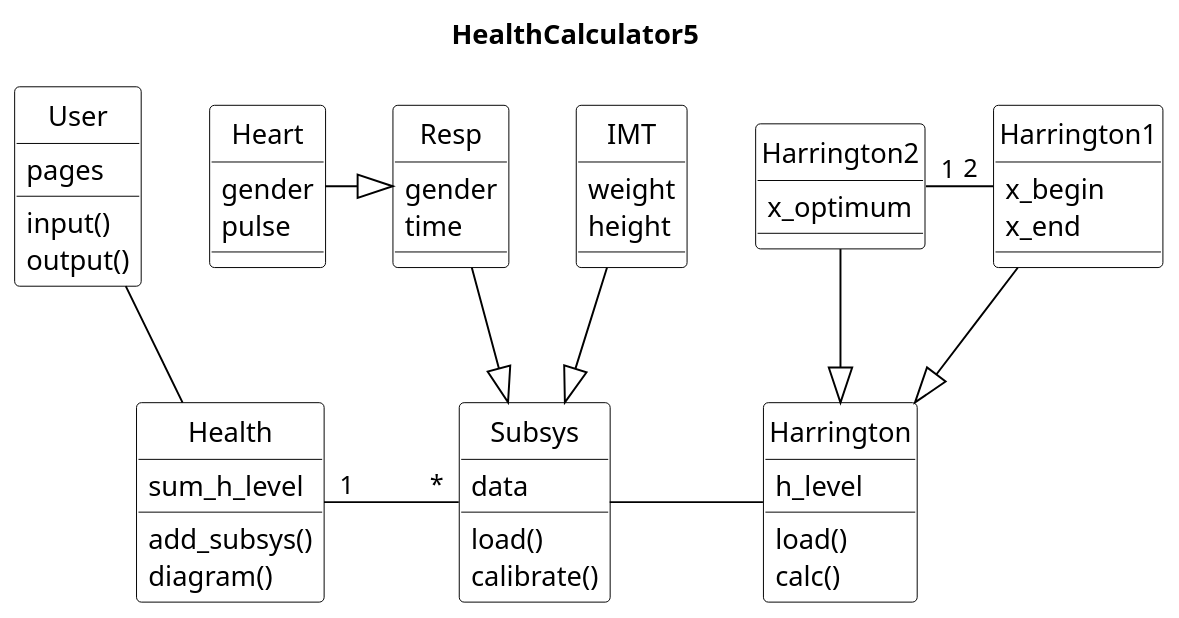
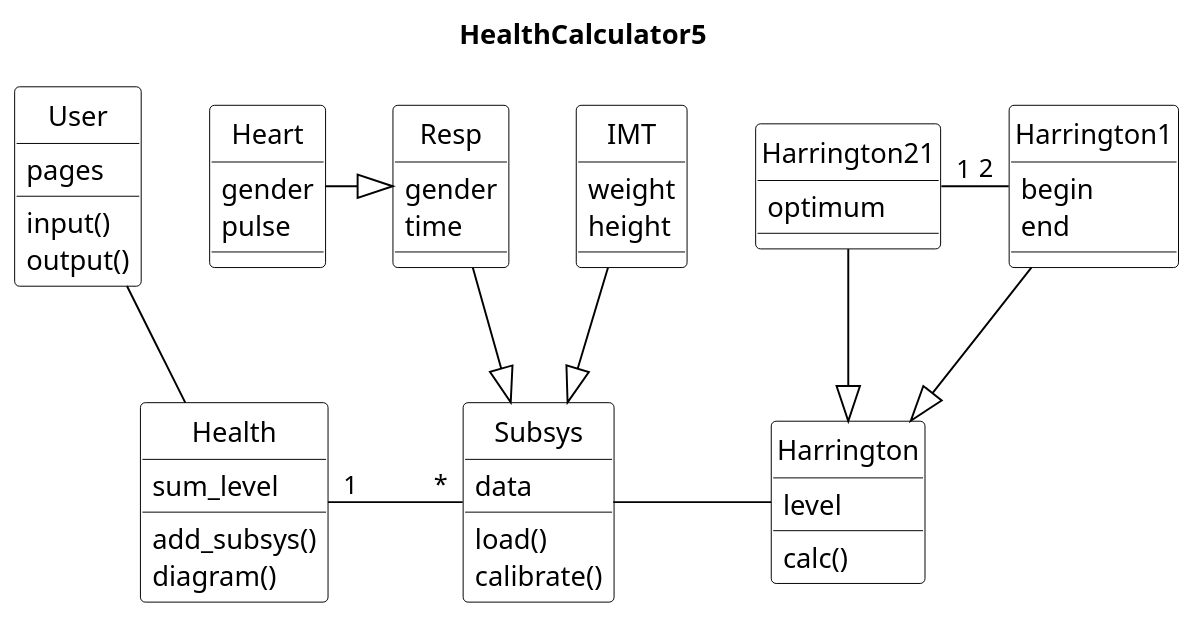
Before and after one commit to AlexFatkin/HealthCalculator5: the diagram in uml_models/hc_classes_2.puml, drawn with PlantUML. The commit also changed 1 other file, not shown here.

```diff
--- a/uml_models/hc_classes_2.puml
+++ b/uml_models/hc_classes_2.puml
@@ -1,74 +1,73 @@
 @startuml
 title   HealthCalculator5
 
 
 
 skinparam class {
 BackgroundColor White
 ArrowColor Black
 BorderColor Black
 }
 skinparam object {
 BackgroundColor White
 ArrowColor Black
 BorderColor Black
 }
 scale 1.3
 skinparam DefaultTextAlignment left
 skinparam shadowing false
 skinparam packageStyle frame
 hide circle
 'hide members
 'skinparam monochrome true
 'note " lots in deal" as spread
 'package Storage {
 class Heart{
 gender
 pulse
 }
 class Resp{
 gender
 time
 }
 class IMT{
 weight
 height
 }
 class Health{
-sum_h_level
+sum_level
 add_subsys()
 diagram()
 }
 class Subsys{
 data
 load()
 calibrate()
 }
 class User{
 pages
 input()
 output()
 }
 class Harrington1{
-x_begin
-x_end
+begin
+end
 }
-class Harrington2{
-x_optimum
+class Harrington21{
+optimum
 }
 class Harrington{
-h_level
-load()
+level
 calc()
 }
-Harrington2 "1"-"2" Harrington1
+Harrington21 "1"-"2" Harrington1
 Heart -|> Resp
 IMT --|> Subsys
 Resp --|> Subsys
 User -- Health
 'Subsys <|-  Resp
 Health "1"-"*"  Subsys
-Harrington2 --|> Harrington
+Harrington21 --|> Harrington
 Harrington1 --|> Harrington
 Subsys - Harrington
 @enduml
```
